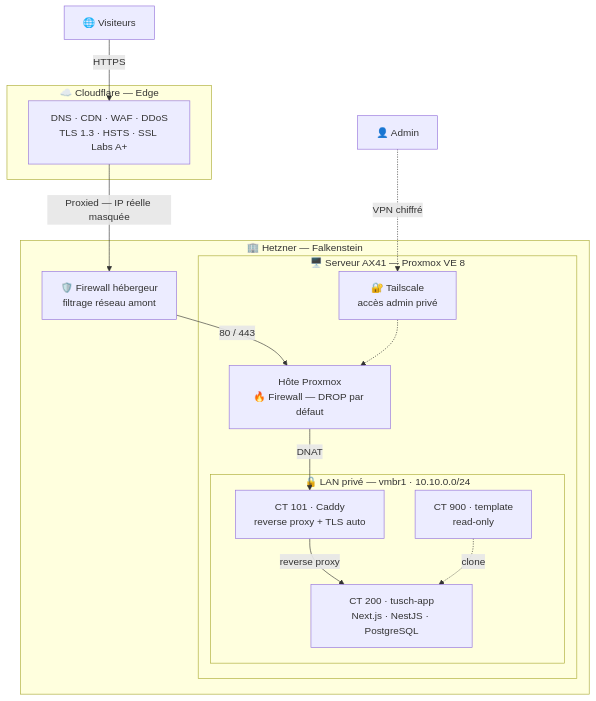
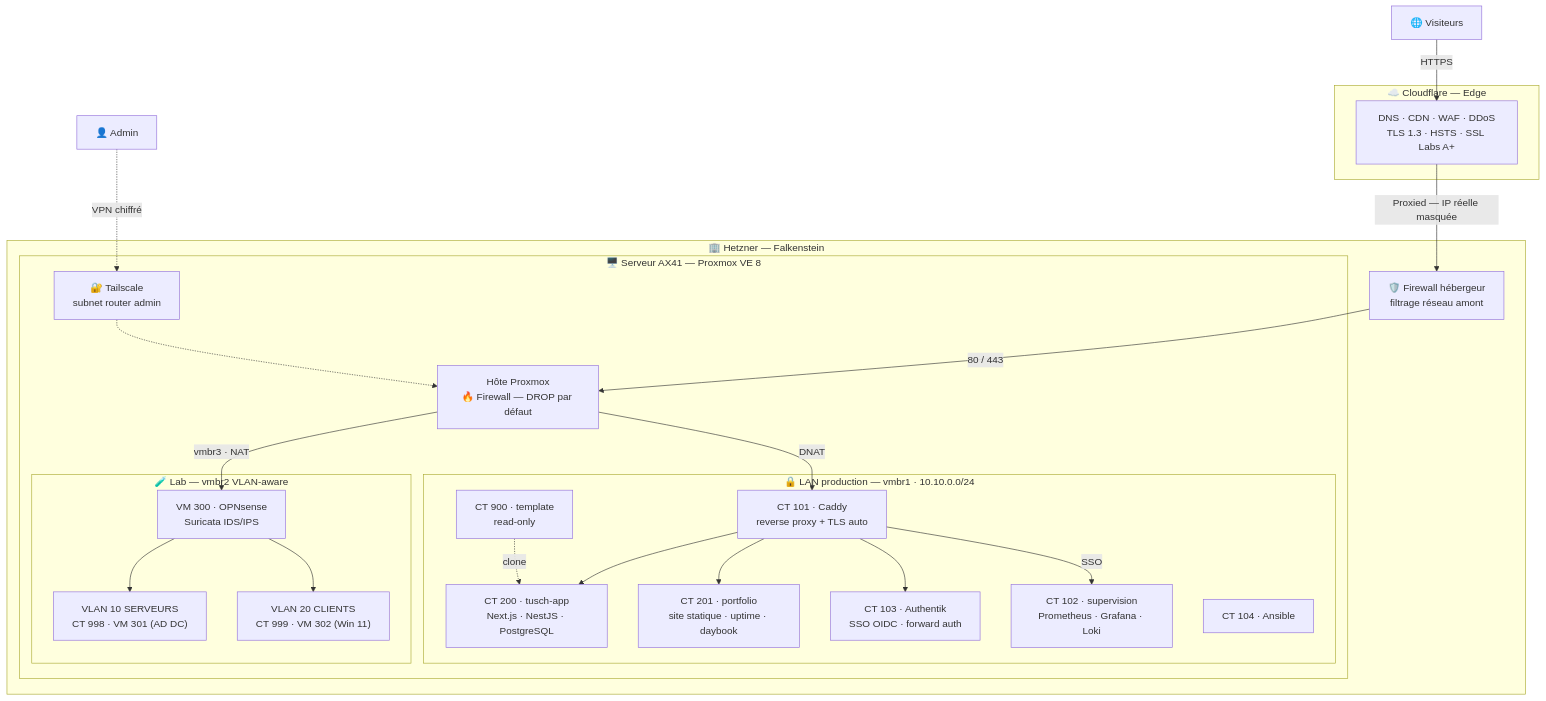
Before and after one commit to darkhaa1/tusch-infra: the diagram in docs/architecture/01-vue-global.md, drawn with Mermaid. The commit also changed other lines of this file and 22 other files, not shown here.

````diff
--- a/docs/architecture/01-vue-global.md
+++ b/docs/architecture/01-vue-global.md
@@ -40,31 +40,47 @@
 ```mermaid
 flowchart TD
     U["🌐 Visiteurs"] -->|HTTPS| CF
     A["👤 Admin"] -.->|VPN chiffré| TS
 
     subgraph EDGE["☁️ Cloudflare — Edge"]
         CF["DNS · CDN · WAF · DDoS<br/>TLS 1.3 · HSTS · SSL Labs A+"]
     end
 
     subgraph DC["🏢 Hetzner — Falkenstein"]
         HFW["🛡️ Firewall hébergeur<br/>filtrage réseau amont"]
 
         subgraph PVE["🖥️ Serveur AX41 — Proxmox VE 8"]
             HOST["Hôte Proxmox<br/>🔥 Firewall — DROP par défaut"]
-            TS["🔐 Tailscale<br/>accès admin privé"]
+            TS["🔐 Tailscale<br/>subnet router admin"]
 
-            subgraph LAN["🔒 LAN privé — vmbr1 · 10.10.0.0/24"]
+            subgraph LAN["🔒 LAN production — vmbr1 · 10.10.0.0/24"]
                 CADDY["CT 101 · Caddy<br/>reverse proxy + TLS auto"]
                 APP["CT 200 · tusch-app<br/>Next.js · NestJS · PostgreSQL"]
+                PORT["CT 201 · portfolio<br/>site statique · uptime · daybook"]
+                AUTH["CT 103 · Authentik<br/>SSO OIDC · forward auth"]
+                MON["CT 102 · supervision<br/>Prometheus · Grafana · Loki"]
+                ANS["CT 104 · Ansible"]
                 TPL["CT 900 · template<br/>read-only"]
+            end
+
+            subgraph LAB["🧪 Lab — vmbr2 VLAN-aware"]
+                OPN["VM 300 · OPNsense<br/>Suricata IDS/IPS"]
+                V10["VLAN 10 SERVEURS<br/>CT 998 · VM 301 (AD DC)"]
+                V20["VLAN 20 CLIENTS<br/>CT 999 · VM 302 (Win 11)"]
             end
         end
     end
 
     CF -->|"Proxied — IP réelle masquée"| HFW
     HFW -->|"80 / 443"| HOST
     HOST -->|"DNAT"| CADDY
-    CADDY -->|"reverse proxy"| APP
+    CADDY --> APP
+    CADDY --> PORT
+    CADDY --> AUTH
+    CADDY -->|"SSO"| MON
     TS -.-> HOST
     TPL -.->|"clone"| APP
+    HOST -->|"vmbr3 · NAT"| OPN
+    OPN --> V10
+    OPN --> V20
 ```
````
